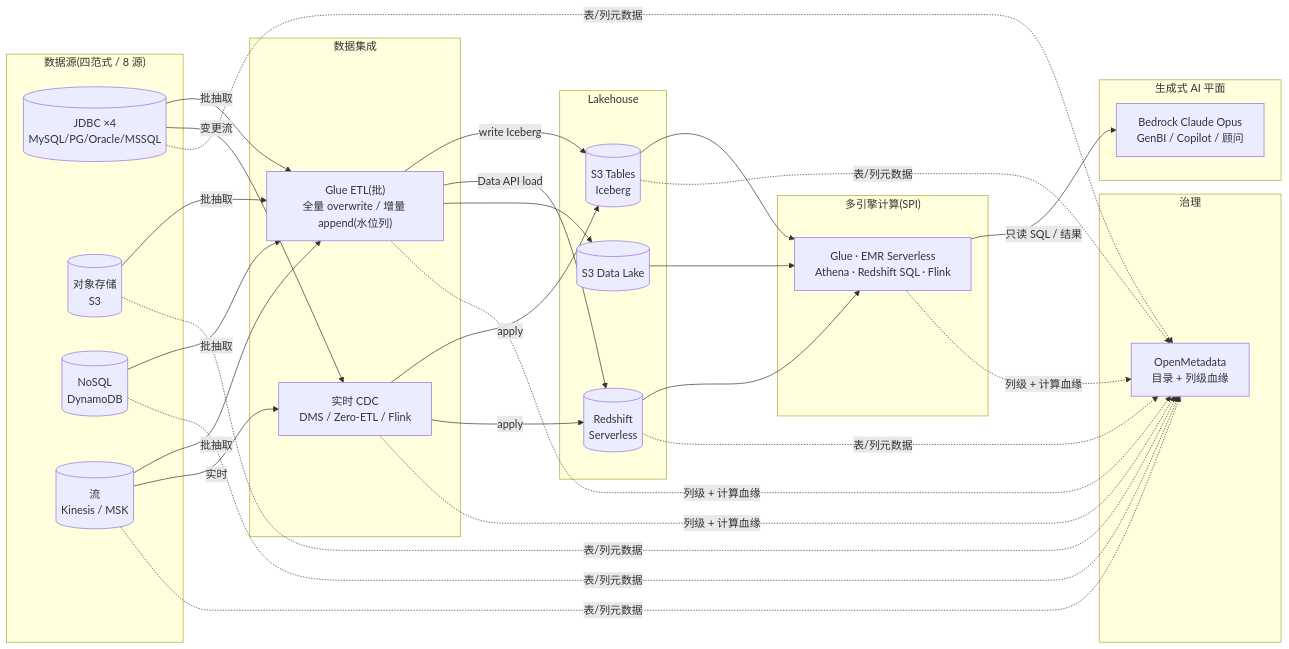
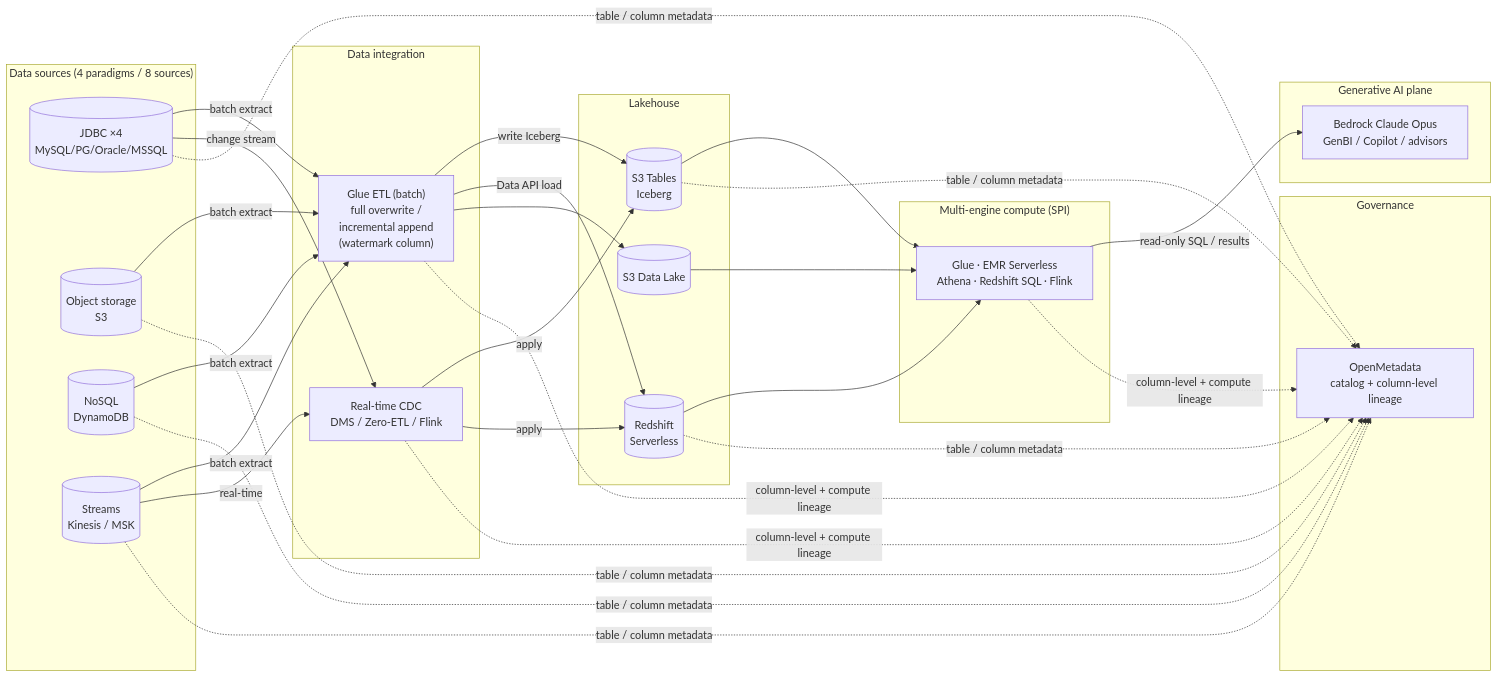
Before and after one commit to aws-samples/sample-kingfisher: the diagram in docs/diagrams/src/data-flow.mmd, drawn with Mermaid. The commit also changed 95 other files, not shown here.

```diff
--- a/docs/diagrams/src/data-flow.mmd
+++ b/docs/diagrams/src/data-flow.mmd
@@ -1,38 +1,38 @@
 flowchart LR
-  subgraph SRC["数据源(四范式 / 8 源)"]
+  subgraph SRC["Data sources (4 paradigms / 8 sources)"]
     JDBC[("JDBC ×4<br/>MySQL/PG/Oracle/MSSQL")]
-    OBJ[("对象存储<br/>S3")]
+    OBJ[("Object storage<br/>S3")]
     NOSQL[("NoSQL<br/>DynamoDB")]
-    STREAM[("流<br/>Kinesis / MSK")]
+    STREAM[("Streams<br/>Kinesis / MSK")]
   end
-  subgraph ING["数据集成"]
-    BATCH["Glue ETL(批)<br/>全量 overwrite / 增量 append(水位列)"]
-    CDC["实时 CDC<br/>DMS / Zero-ETL / Flink"]
+  subgraph ING["Data integration"]
+    BATCH["Glue ETL (batch)<br/>full overwrite /<br/>incremental append<br/>(watermark column)"]
+    CDC["Real-time CDC<br/>DMS / Zero-ETL / Flink"]
   end
   subgraph LAKE["Lakehouse"]
     S3T[("S3 Tables<br/>Iceberg")]
     RS[("Redshift<br/>Serverless")]
     DL[("S3 Data Lake")]
   end
-  subgraph ENG["多引擎计算(SPI)"]
+  subgraph ENG["Multi-engine compute (SPI)"]
     E["Glue · EMR Serverless<br/>Athena · Redshift SQL · Flink"]
   end
-  subgraph GOV["治理"]
-    OM["OpenMetadata<br/>目录 + 列级血缘"]
+  subgraph GOV["Governance"]
+    OM["OpenMetadata<br/>catalog + column-level lineage"]
   end
-  subgraph AI["生成式 AI 平面"]
-    BR["Bedrock Claude Opus<br/>GenBI / Copilot / 顾问"]
+  subgraph AI["Generative AI plane"]
+    BR["Bedrock Claude Opus<br/>GenBI / Copilot / advisors"]
   end
-  JDBC & OBJ & NOSQL & STREAM -->|批抽取| BATCH
-  JDBC -->|变更流| CDC
-  STREAM -->|实时| CDC
+  JDBC & OBJ & NOSQL & STREAM -->|batch extract| BATCH
+  JDBC -->|change stream| CDC
+  STREAM -->|real-time| CDC
   BATCH -->|write Iceberg| S3T
   BATCH -->|Data API load| RS
   BATCH --> DL
   CDC -->|apply| S3T
   CDC -->|apply| RS
   S3T & RS & DL --> E
-  E -->|只读 SQL / 结果| BR
-  JDBC & OBJ & NOSQL & STREAM -. 表/列元数据 .-> OM
-  S3T & RS -. 表/列元数据 .-> OM
-  BATCH & CDC & E -. 列级 + 计算血缘 .-> OM
+  E -->|read-only SQL / results| BR
+  JDBC & OBJ & NOSQL & STREAM -. table / column metadata .-> OM
+  S3T & RS -. table / column metadata .-> OM
+  BATCH & CDC & E -. column-level + compute lineage .-> OM
```
